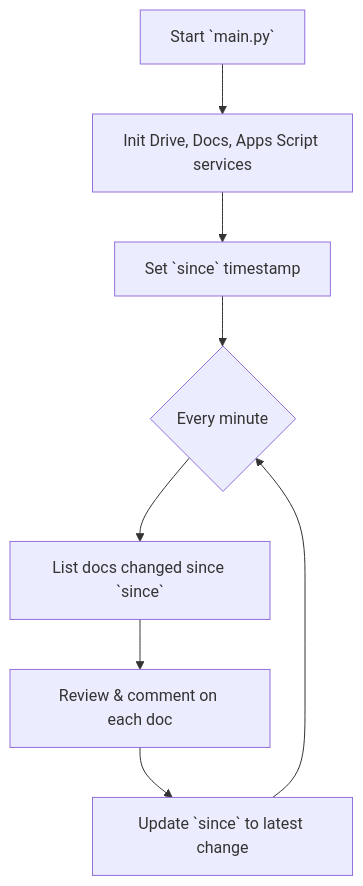
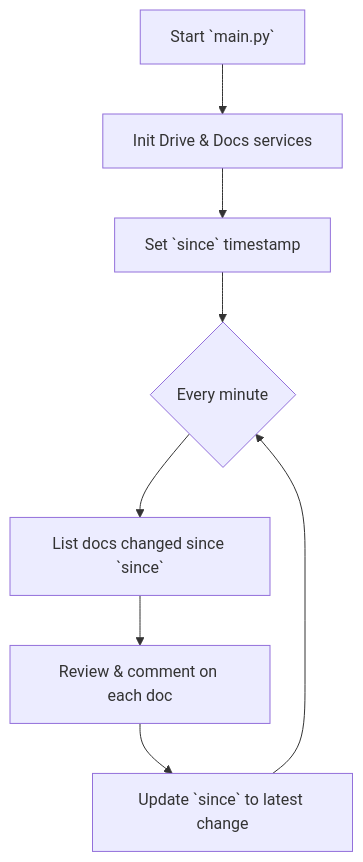
One commit to yYorky/ClearMyBoss changed the first of 2 diagrams in README.md. Above: the diagram before and after it, drawn with Mermaid. The commit also changed other lines of this file and 9 other files, not shown here.

Commit message:
feat: replace Apps Script with Drive comments

````diff
--- a/README.md
+++ b/README.md
@@ -46,10 +44,10 @@
 ```mermaid
 flowchart TD
-    A[Start `main.py`] --> B[Init Drive, Docs, Apps Script services]
+    A[Start `main.py`] --> B[Init Drive & Docs services]
     B --> C[Set `since` timestamp]
     C --> D{Every minute}
     D --> E[List docs changed since `since`]
     E --> F[Review & comment on each doc]
     F --> G[Update `since` to latest change]
     G --> D
 ```
````
